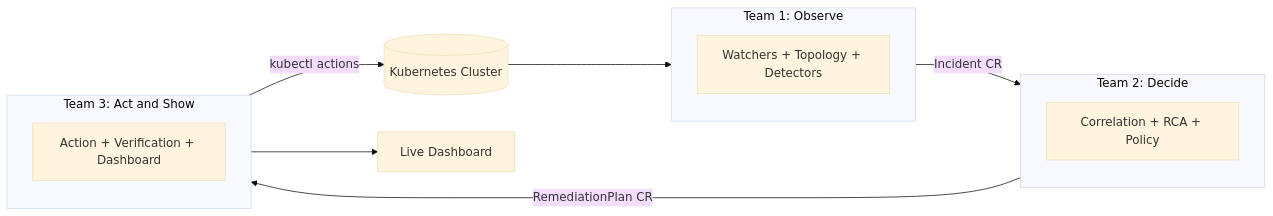
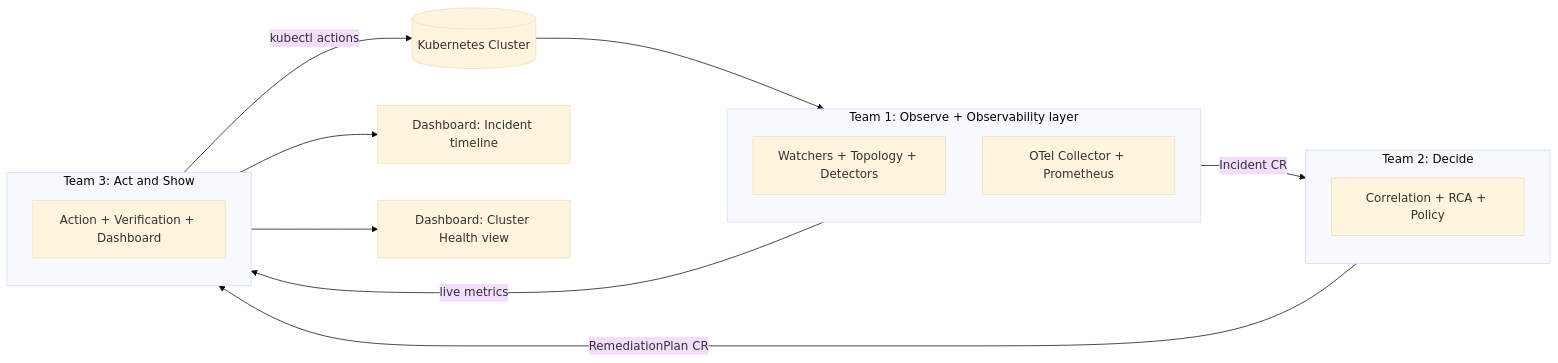
Before and after one commit to maheshkhond11/Observability: the fourth of 4 diagrams in poc-planning/05-Team-Architecture-Diagrams.md, drawn with Mermaid (base theme). The commit also changed other lines of this file and 4 other files, not shown here.

First line of the commit message:
Add observability layer and predictive detector per team feedback

````diff
--- a/poc-planning/05-Team-Architecture-Diagrams.md
+++ b/poc-planning/05-Team-Architecture-Diagrams.md
@@ -132,21 +153,24 @@
 ```mermaid
 flowchart LR
-    subgraph T1[Team 1: Observe]
+    subgraph T1[Team 1: Observe + Observability layer]
         direction TB
         O1[Watchers + Topology + Detectors]
+        O1b[OTel Collector + Prometheus]
     end
     subgraph T2[Team 2: Decide]
         direction TB
         O2[Correlation + RCA + Policy]
     end
     subgraph T3[Team 3: Act and Show]
         direction TB
         O3[Action + Verification + Dashboard]
     end
 
     Cluster[(Kubernetes Cluster)] --> T1
     T1 -->|Incident CR| T2
     T2 -->|RemediationPlan CR| T3
     T3 -->|kubectl actions| Cluster
-    T3 --> UI[Live Dashboard]
+    T1 -->|live metrics| T3
+    T3 --> UI1[Dashboard: Incident timeline]
+    T3 --> UI2[Dashboard: Cluster Health view]
 ```
````
